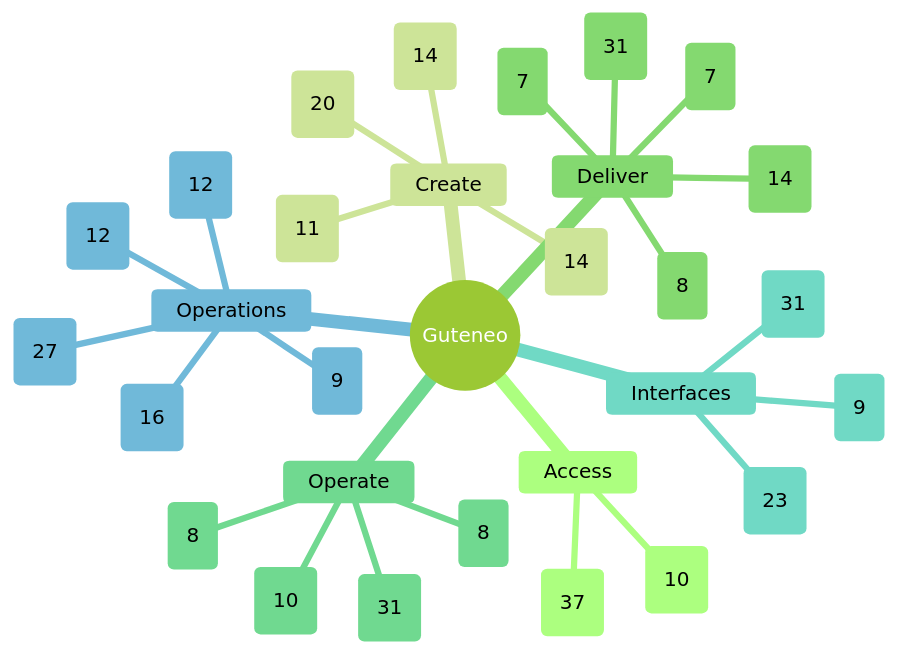
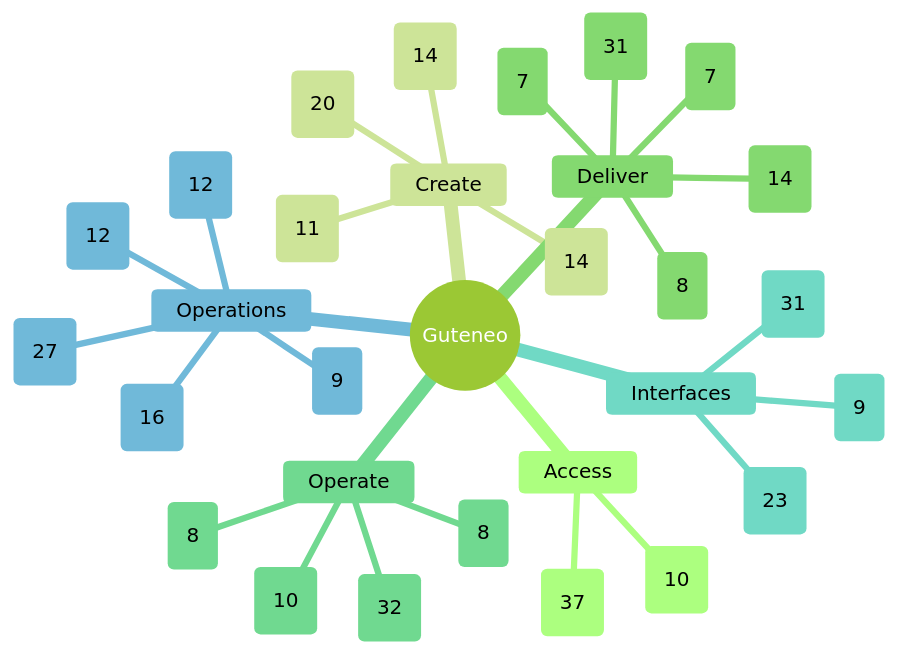
Before and after one commit to nclsppr/guteneo: the diagram in docs/FEATURE_MAP.md, drawn with Mermaid (forest theme). The commit also changed other lines of this file and 7 other files, not shown here.

````diff
--- a/docs/FEATURE_MAP.md
+++ b/docs/FEATURE_MAP.md
@@ -13,33 +13,33 @@
 ```mermaid
 mindmap
   root((Guteneo))
     Access
       Access and identity (37)
       Team and responsibilities (10)
     Create
       Documents and protection (20)
       Template studio (14)
       Data and mappings (11)
       PDF generation and distribution (14)
     Deliver
       Fax (7)
       Postal mail (8)
       Email and protected links (14)
       Sensitive distribution and personal documents (31)
       Dispatch dry run (7)
     Operate
       Campaigns and tracking (8)
       Credits and billing (8)
-      Workspace layout and browser appearance (31)
+      Workspace layout and browser appearance (32)
       PDF verification (10)
     Interfaces
       Assistants and API (31)
       iPhone and iPad (9)
       Public pages, languages and appearance (23)
     Operations
       Reviewer OAuth qualification (9)
       Operations and reliability (27)
       Belvédère platform oversight (12)
       Public service status (16)
       Engineering documentation (12)
 ```
````
